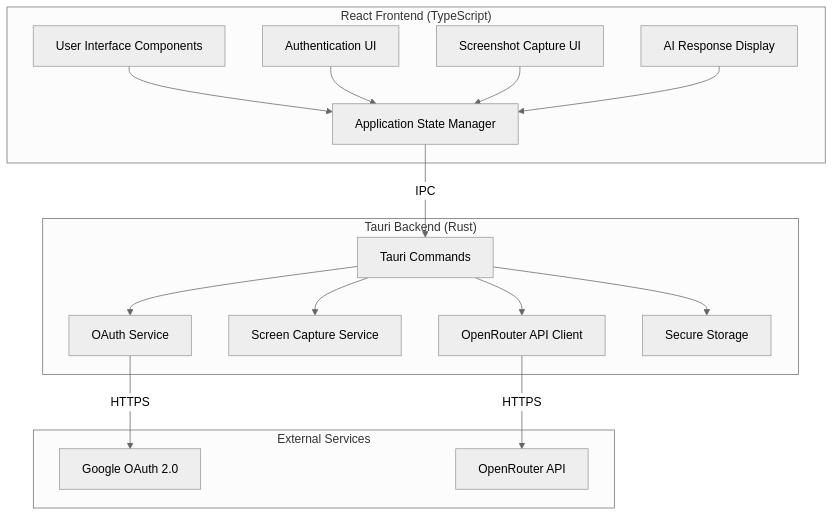
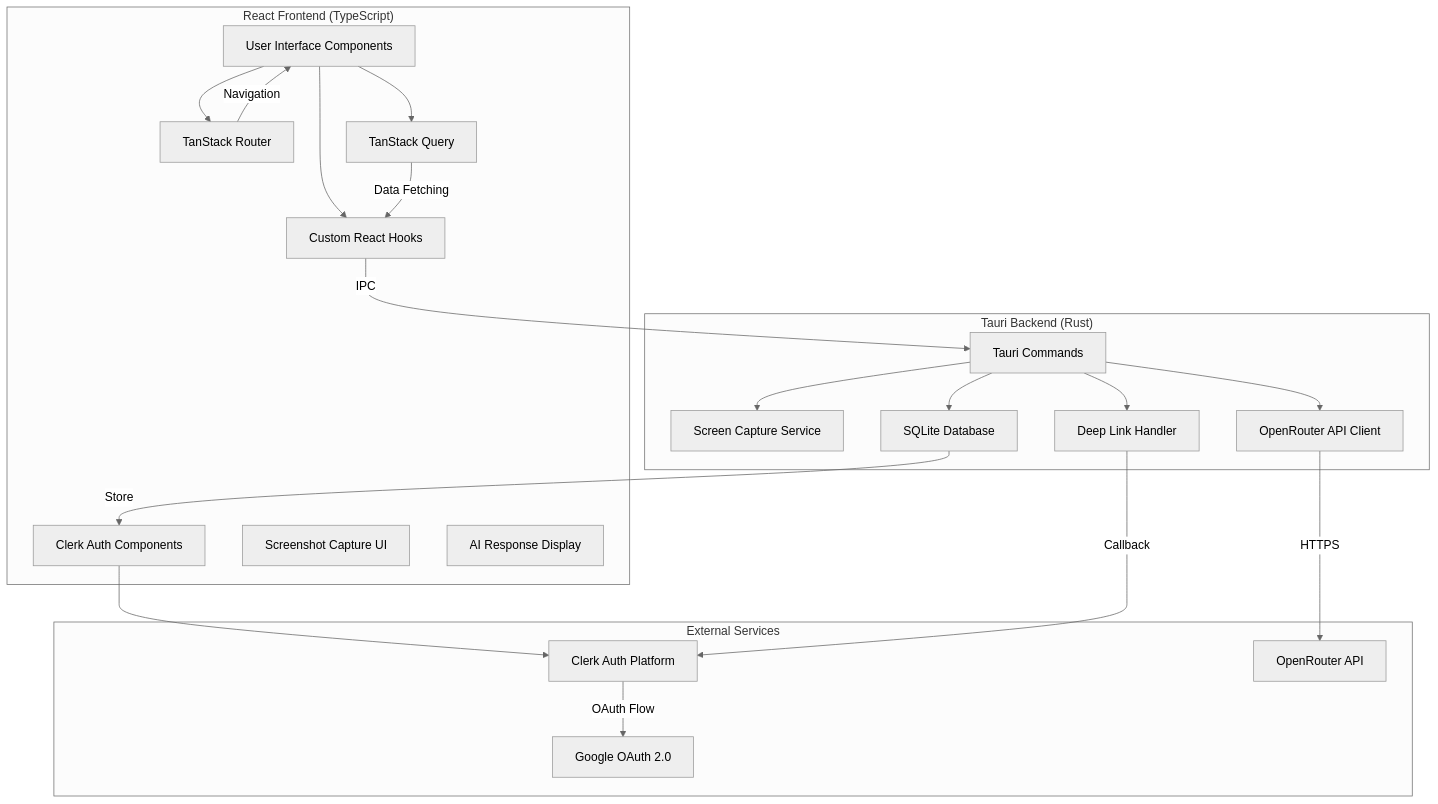
Before and after one commit to daniarthurwidodo/peek-ai-client: the first of 2 diagrams in .kiro/specs/ai-interview-assistant/design.md, drawn with Mermaid (neutral theme). The commit also changed other lines of this file and 45 other files, not shown here.

First line of the commit message:
feat(core): Implement authentication, routing, and database infrastructure

````diff
--- a/.kiro/specs/ai-interview-assistant/design.md
+++ b/.kiro/specs/ai-interview-assistant/design.md
@@ -19,37 +20,44 @@
 ```mermaid
 graph TB
     subgraph "React Frontend (TypeScript)"
         UI[User Interface Components]
-        AuthUI[Authentication UI]
+        Router[TanStack Router]
+        Query[TanStack Query]
+        AuthUI[Clerk Auth Components]
         CaptureUI[Screenshot Capture UI]
         ResponseUI[AI Response Display]
-        StateManager[Application State Manager]
+        Hooks[Custom React Hooks]
     end
     
     subgraph "Tauri Backend (Rust)"
         Commands[Tauri Commands]
-        AuthService[OAuth Service]
         ScreenCapture[Screen Capture Service]
         APIClient[OpenRouter API Client]
-        SecureStorage[Secure Storage]
+        Database[SQLite Database]
+        DeepLink[Deep Link Handler]
     end
     
     subgraph "External Services"
+        Clerk[Clerk Auth Platform]
         GoogleOAuth[Google OAuth 2.0]
         OpenRouter[OpenRouter API]
     end
     
-    UI --> StateManager
-    AuthUI --> StateManager
-    CaptureUI --> StateManager
-    ResponseUI --> StateManager
+    UI --> Router
+    UI --> Query
+    UI --> Hooks
+    AuthUI --> Clerk
+    Router -->|Navigation| UI
+    Query -->|Data Fetching| Hooks
+    Hooks -->|IPC| Commands
     
-    StateManager -->|IPC| Commands
-    Commands --> AuthService
     Commands --> ScreenCapture
     Commands --> APIClient
-    Commands --> SecureStorage
+    Commands --> Database
+    Commands --> DeepLink
     
-    AuthService -->|HTTPS| GoogleOAuth
+    Clerk -->|OAuth Flow| GoogleOAuth
+    DeepLink -->|Callback| Clerk
     APIClient -->|HTTPS| OpenRouter
+    Database -->|Store| AuthUI
 ```
````
